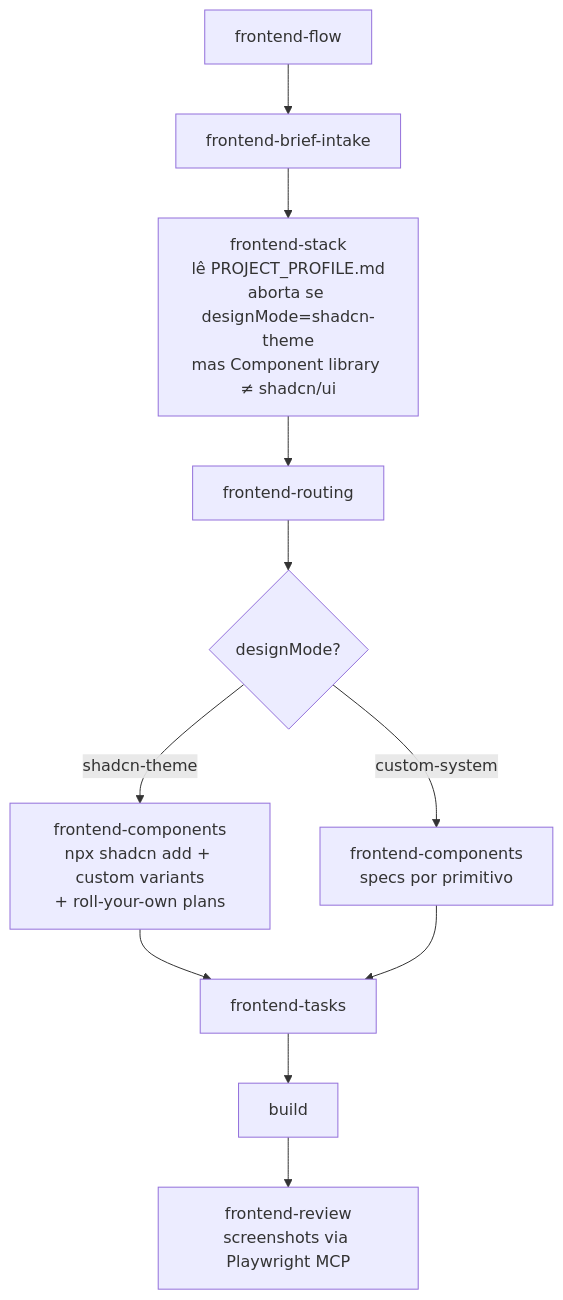
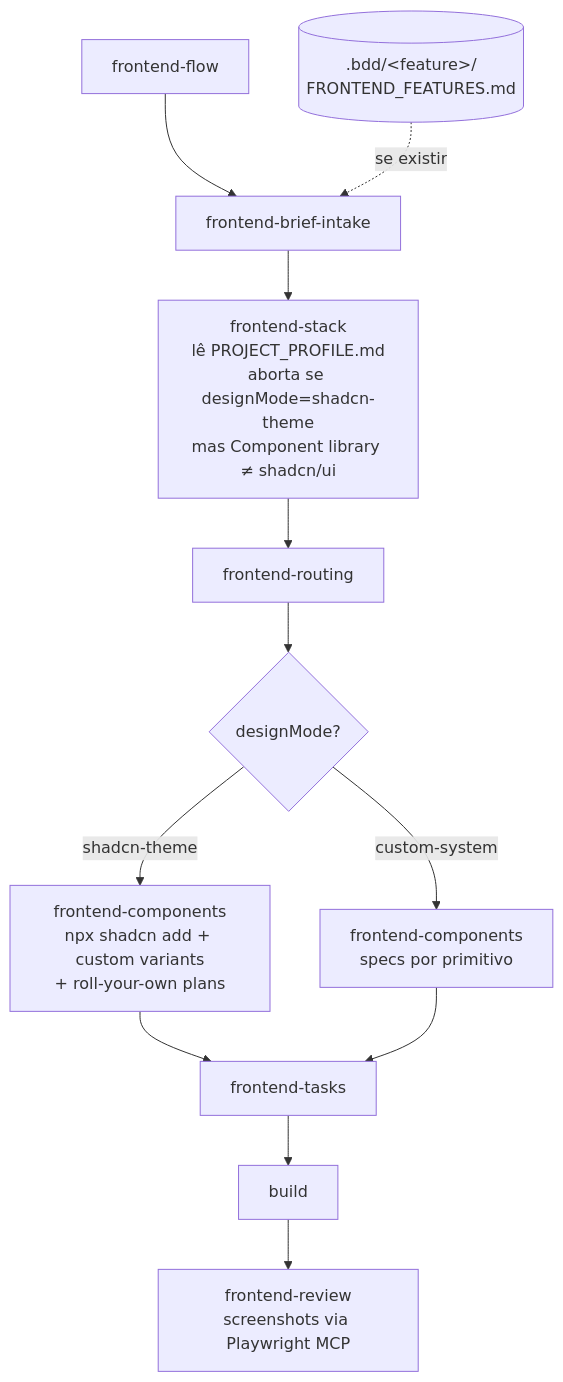
Before and after one commit to diegocredidio/project-skills: the sixth of 10 diagrams in docs/skills-flow.md, drawn with Mermaid. The commit also changed other lines of this file and 3 other files, not shown here.

````diff
--- a/docs/skills-flow.md
+++ b/docs/skills-flow.md
@@ -105,13 +149,14 @@
 ```mermaid
 flowchart TD
     Flow[frontend-flow] --> FBrief[frontend-brief-intake]
+    BDDIn[(".bdd/&lt;feature&gt;/<br/>FRONTEND_FEATURES.md")] -.se existir.-> FBrief
     FBrief --> FStack["frontend-stack<br/>lê PROJECT_PROFILE.md<br/>aborta se designMode=shadcn-theme<br/>mas Component library ≠ shadcn/ui"]
     FStack --> FRoute[frontend-routing]
     FRoute --> FMode{designMode?}
     FMode -->|shadcn-theme| FCompShadcn["frontend-components<br/>npx shadcn add + custom variants<br/>+ roll-your-own plans"]
     FMode -->|custom-system| FCompFull["frontend-components<br/>specs por primitivo"]
     FCompShadcn --> FTasks[frontend-tasks]
     FCompFull --> FTasks
     FTasks --> Build[build]
     Build --> FReview["frontend-review<br/>screenshots via Playwright MCP"]
 ```
````
